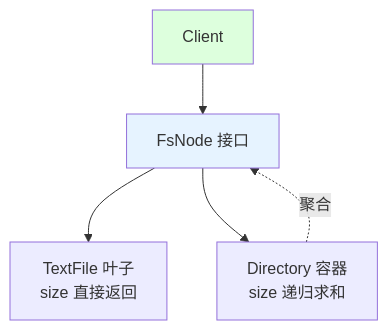
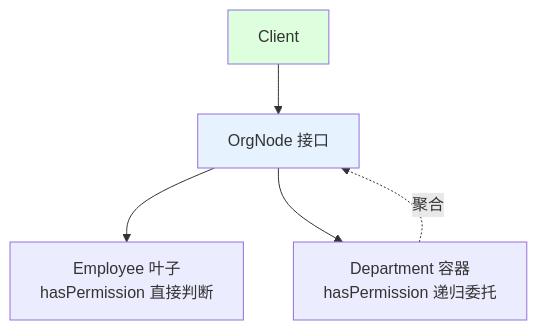
One commit to chongyang211/YCBookBlog changed the third of 7 diagrams in docs/08.编程/03.巧学设计模式/11.组合模式设计思想.md. Above: the diagram before and after it, drawn with Mermaid. The commit also changed other lines of this file and 12 other files, not shown here.

````diff
--- a/docs/08.编程/03.巧学设计模式/11.组合模式设计思想.md
+++ b/docs/08.编程/03.巧学设计模式/11.组合模式设计思想.md
@@ -184,9 +250,9 @@
 ```mermaid
 flowchart TD
-    C[Client] --> I[FsNode 接口]
-    I --> L[TextFile 叶子<br/>size 直接返回]
-    I --> D[Directory 容器<br/>size 递归求和]
+    C[Client] --> I[OrgNode 接口]
+    I --> L[Employee 叶子<br/>hasPermission 直接判断]
+    I --> D[Department 容器<br/>hasPermission 递归委托]
     D -.聚合.-> I
     style C fill:#dfd
     style I fill:#e6f3ff
 ```
````
